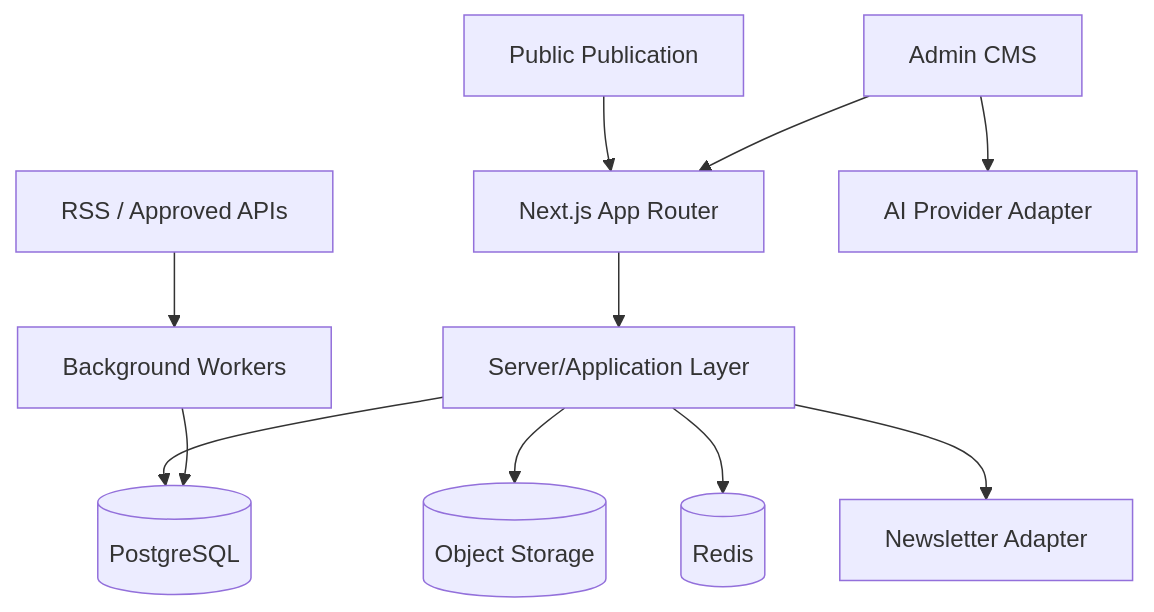
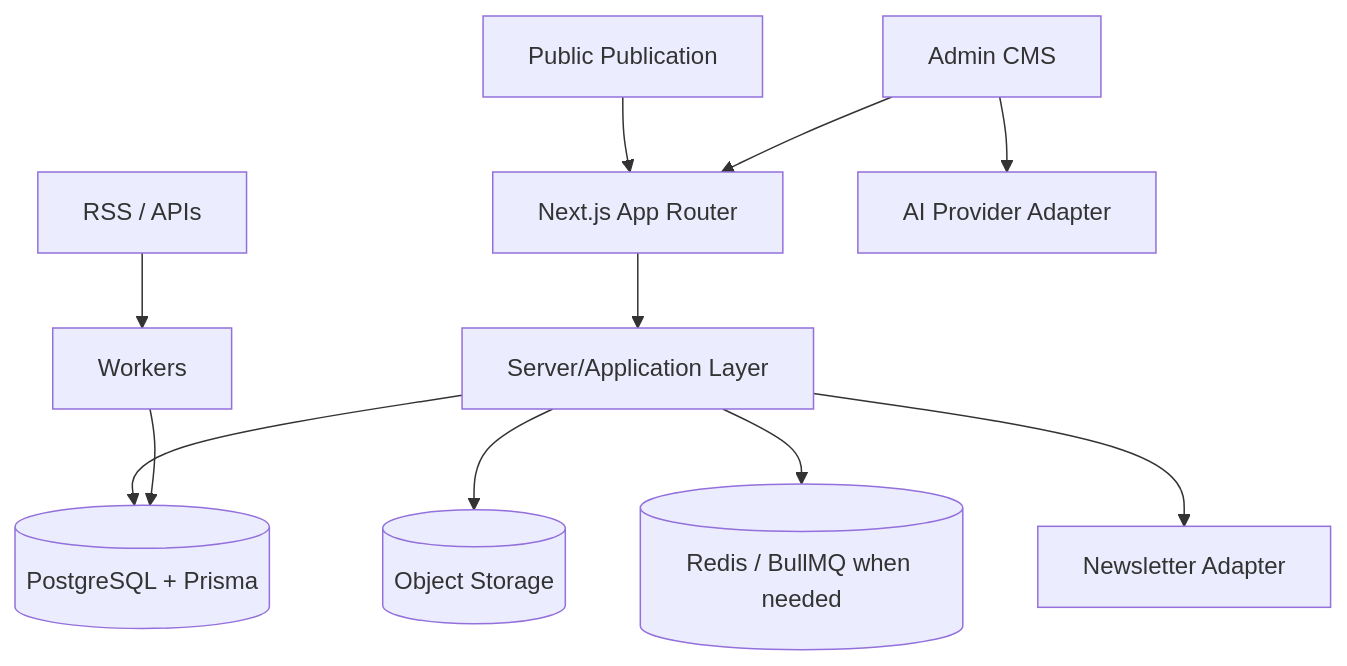
One commit to YounasKhan2/living-journal changed the second of 2 diagrams in README.md. Above: the diagram before and after it, drawn with Mermaid. The commit also changed other lines of this file, not shown here.

````diff
--- a/README.md
+++ b/README.md
@@ -113,13 +257,13 @@
 ```mermaid
 flowchart TB
   Public[Public Publication] --> Next[Next.js App Router]
   CMS[Admin CMS] --> Next
   Next --> Server[Server/Application Layer]
-  Server --> DB[(PostgreSQL)]
+  Server --> DB[(PostgreSQL + Prisma)]
   Server --> Storage[(Object Storage)]
-  Server --> Redis[(Redis)]
-  Sources[RSS / Approved APIs] --> Workers[Background Workers]
+  Server --> Redis[(Redis / BullMQ when needed)]
+  Sources[RSS / APIs] --> Workers[Workers]
   Workers --> DB
   CMS --> AI[AI Provider Adapter]
   Server --> Email[Newsletter Adapter]
 ```
````
